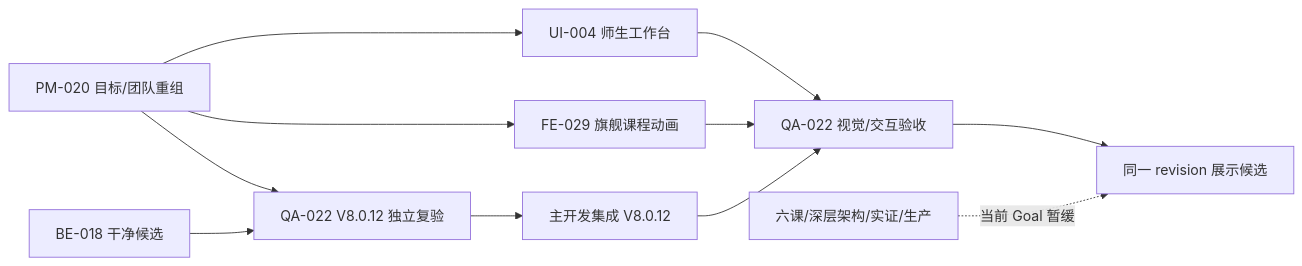
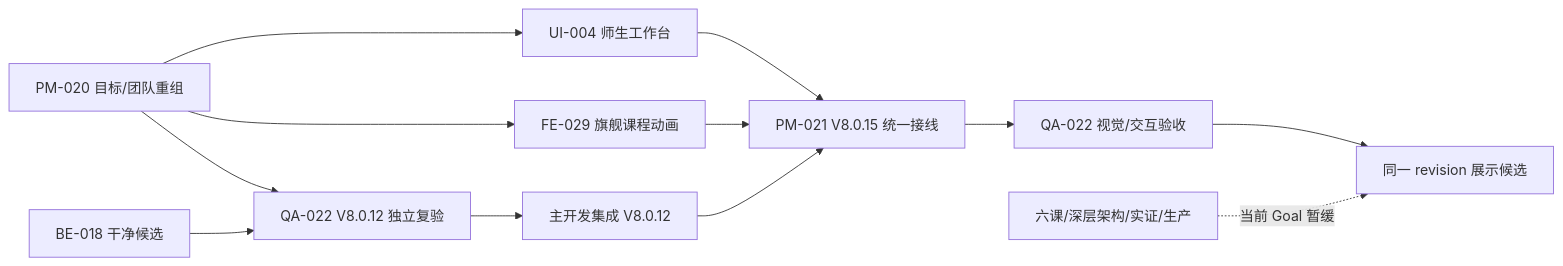
The seventh of 7 diagrams in doc/02-项目规划.md (falling-feather/Astra), drawn with Mermaid before and after one commit. The commit also changed other lines of this file and 22 other files, not shown here.

````diff
--- a/doc/02-项目规划.md
+++ b/doc/02-项目规划.md
@@ -511,13 +511,14 @@
 ```mermaid
 flowchart LR
     PM20["PM-020 目标/团队重组"] --> QA22A["QA-022 V8.0.12 独立复验"]
     PM20 --> UI4["UI-004 师生工作台"]
     PM20 --> FE29["FE-029 旗舰课程动画"]
     BE18["BE-018 干净候选"] --> QA22A
     QA22A --> INT12["主开发集成 V8.0.12"]
-    UI4 --> QA22B["QA-022 视觉/交互验收"]
-    FE29 --> QA22B
-    INT12 --> QA22B
+    UI4 --> INT15["PM-021 V8.0.15 统一接线"]
+    FE29 --> INT15
+    INT12 --> INT15
+    INT15 --> QA22B["QA-022 视觉/交互验收"]
     QA22B --> FINAL["同一 revision 展示候选"]
     DEFER["六课/深层架构/实证/生产"] -. "当前 Goal 暂缓" .-> FINAL
 ```
````
